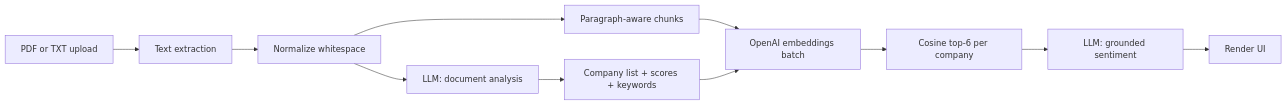
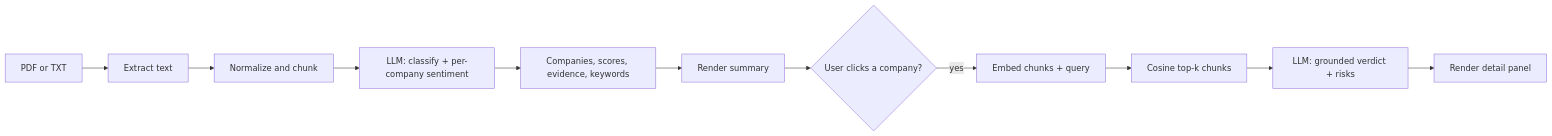
The diagram in content/projects/finance-analyzer.md (shuaiyy-ux/Personal_Web), drawn with Mermaid before and after one commit. The commit also changed other lines of this file and 8 other files, not shown here.

````diff
--- a/content/projects/finance-analyzer.md
+++ b/content/projects/finance-analyzer.md
@@ -5,13 +5,13 @@
 ```mermaid
 flowchart LR
-  Upload[PDF or TXT upload] --> Extract[Text extraction]
-  Extract --> Normalize[Normalize whitespace]
-  Normalize --> Chunk[Paragraph-aware chunks]
-  Normalize --> DocLLM[LLM: document analysis]
-  DocLLM --> Companies[Company list + scores + keywords]
-  Chunk --> Embed[OpenAI embeddings batch]
-  Companies --> Embed
-  Embed --> Rank[Cosine top-6 per company]
-  Rank --> CompanyLLM[LLM: grounded sentiment]
-  CompanyLLM --> Render[Render UI]
+  Upload[PDF or TXT] --> Extract[Extract text]
+  Extract --> Normalize[Normalize and chunk]
+  Normalize --> DocLLM[LLM: classify + per-company sentiment]
+  DocLLM --> Companies[Companies, scores, evidence, keywords]
+  Companies --> Show[Render summary]
+  Show --> Drill{User clicks a company?}
+  Drill -- yes --> Embed[Embed chunks + query]
+  Embed --> Retrieve[Cosine top-k chunks]
+  Retrieve --> CompanyLLM[LLM: grounded verdict + risks]
+  CompanyLLM --> Detail[Render detail panel]
 ```
````
